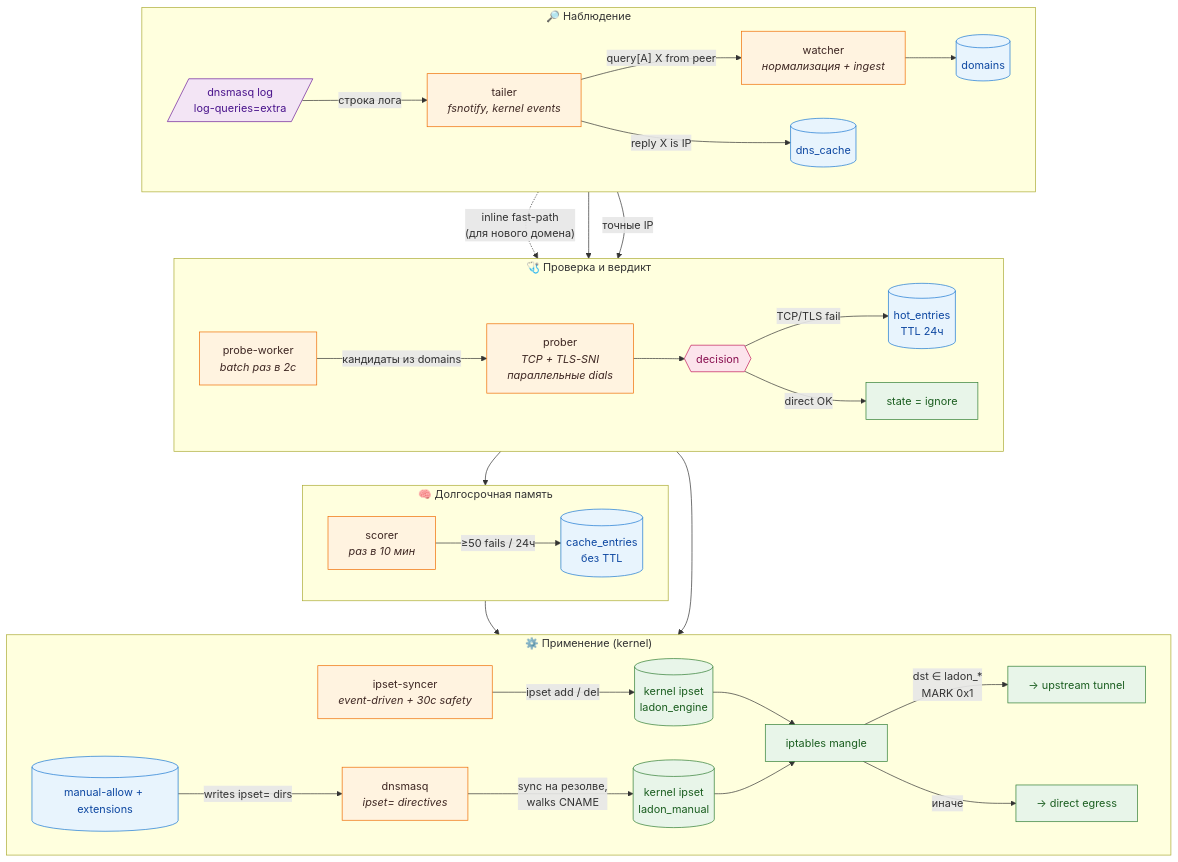
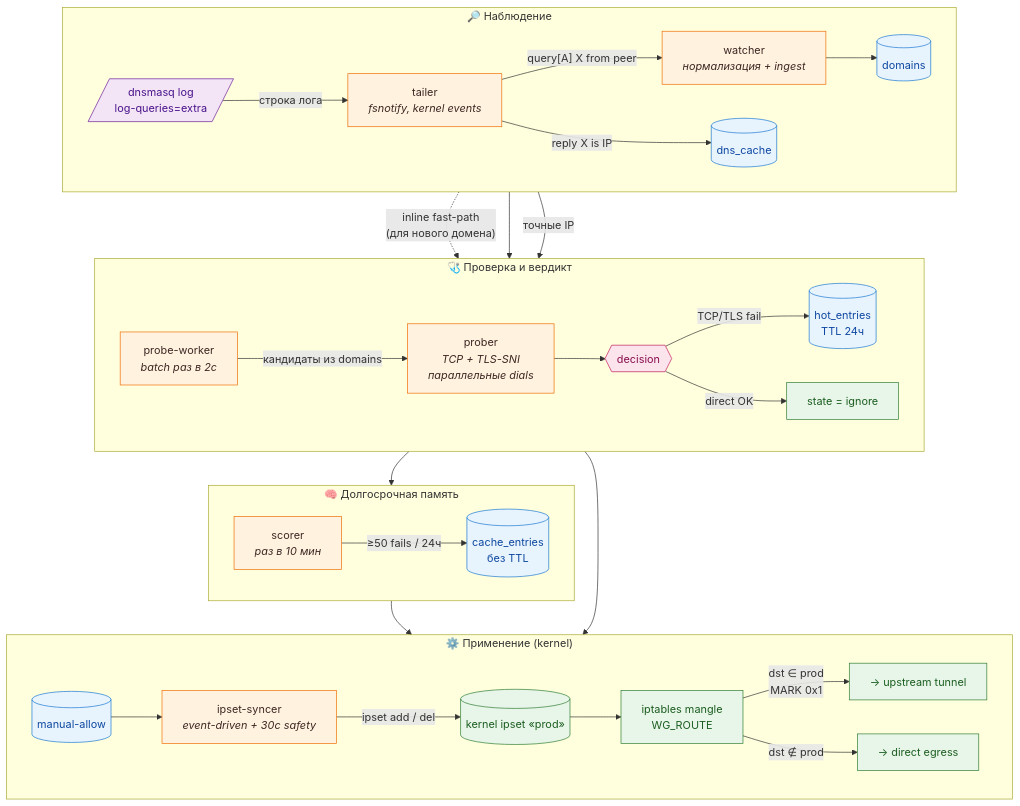
The diagram in README.md (belotserkovtsev/split-engine), drawn with Mermaid before and after one commit. The commit also changed other lines of this file, not shown here.

````diff
--- a/README.md
+++ b/README.md
@@ -84,72 +99,68 @@
 ```mermaid
 flowchart TB
     subgraph observe["🔎 Наблюдение"]
         direction LR
         DNS[/"dnsmasq log<br/>log-queries=extra"/]
         TAIL["tailer<br/><i>fsnotify, kernel events</i>"]
         WATCH["watcher<br/><i>нормализация + ingest</i>"]
         DOMS[("domains")]
         CACHE[("dns_cache")]
         DNS -->|строка лога| TAIL
         TAIL -->|"query[A] X from peer"| WATCH
         TAIL -->|"reply X is IP"| CACHE
         WATCH --> DOMS
     end
 
     subgraph decide["🩺 Проверка и вердикт"]
         direction LR
         WORKER["probe-worker<br/><i>batch раз в 2с</i>"]
         PROBE["prober<br/><i>TCP + TLS-SNI<br/>параллельные dials</i>"]
         DEC{{"decision"}}
         HOT[("hot_entries<br/>TTL 24ч")]
         IGN["state = ignore"]
         WORKER -->|"кандидаты из domains"| PROBE
         PROBE --> DEC
         DEC -->|"TCP/TLS fail"| HOT
         DEC -->|"direct OK"| IGN
     end
 
     subgraph promote["🧠 Долгосрочная память"]
         direction LR
         SCORE["scorer<br/><i>раз в 10 мин</i>"]
         CEN[("cache_entries<br/>без TTL")]
         SCORE -->|"≥50 fails / 24ч"| CEN
     end
 
     subgraph apply["⚙️ Применение (kernel)"]
         direction LR
         SYNC["ipset-syncer<br/><i>event-driven + 30с safety</i>"]
-        MAN[("manual-allow + extensions")]
-        DNSMASQ["dnsmasq<br/><i>ipset= directives</i>"]
-        ENG[("kernel ipset<br/>ladon_engine")]
-        MNL[("kernel ipset<br/>ladon_manual")]
-        IPT["iptables mangle"]
+        MAN[("manual-allow")]
+        PROD[("kernel ipset «prod»")]
+        IPT["iptables mangle<br/>WG_ROUTE"]
         TUN["→ upstream tunnel"]
         DIR["→ direct egress"]
-        SYNC -->|"ipset add / del"| ENG
-        MAN -->|"writes ipset= dirs"| DNSMASQ
-        DNSMASQ -->|"sync на резолве,<br/>walks CNAME"| MNL
-        ENG --> IPT
-        MNL --> IPT
-        IPT -->|"dst ∈ ladon_*<br/>MARK 0x1"| TUN
-        IPT -->|"иначе"| DIR
+        SYNC -->|"ipset add / del"| PROD
+        MAN --> SYNC
+        PROD --> IPT
+        IPT -->|"dst ∈ prod<br/>MARK 0x1"| TUN
+        IPT -->|"dst ∉ prod"| DIR
     end
 
     TAIL -. "inline fast-path<br/>(для нового домена)" .-> PROBE
     DOMS --> WORKER
     CACHE -->|"точные IP"| PROBE
     HOT --> SCORE
     HOT --> SYNC
     CEN --> SYNC
 
     classDef store fill:#e8f4fd,stroke:#1976d2,color:#0d47a1
     classDef proc fill:#fff3e0,stroke:#ef6c00,color:#3e2723
     classDef decisionNode fill:#fce4ec,stroke:#c2185b,color:#880e4f
     classDef kernelNode fill:#e8f5e9,stroke:#2e7d32,color:#1b5e20
     classDef source fill:#f3e5f5,stroke:#6a1b9a,color:#4a148c
     class DNS source
-    class TAIL,WATCH,WORKER,PROBE,SCORE,SYNC,DNSMASQ proc
+    class TAIL,WATCH,WORKER,PROBE,SCORE,SYNC proc
     class DOMS,CACHE,HOT,CEN,MAN store
     class DEC decisionNode
-    class ENG,MNL,IPT,TUN,DIR,IGN kernelNode
+    class PROD,IPT,TUN,DIR,IGN kernelNode
 ```
````
